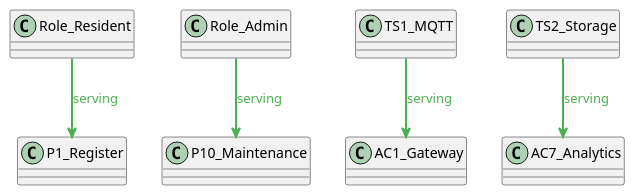
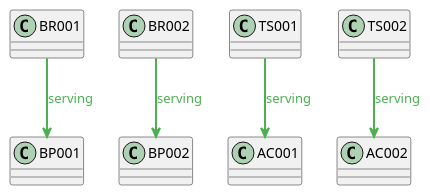
Before and after one commit to Druk83/sdd-template: the fifth of 7 diagrams in .requirements/архитектура/диаграммы ArchiMate.md, drawn with PlantUML. The commit also changed other lines of this file and 22 other files, not shown here.

````diff
--- a/.requirements/архитектура/диаграммы ArchiMate.md
+++ b/.requirements/архитектура/диаграммы ArchiMate.md
@@ -139,9 +148,9 @@
 ```plantuml
 ' ========== СВЯЗИ: РОЛИ И ПРОЦЕССЫ (Serving) ==========
-Role_Resident -[#4CAF50,thickness=2]-> P1_Register : <color:#4CAF50>serving</color>
-Role_Admin -[#4CAF50,thickness=2]-> P10_Maintenance : <color:#4CAF50>serving</color>
+BR001 -[#4CAF50,thickness=2]-> BP001 : <color:#4CAF50>serving</color>
+BR002 -[#4CAF50,thickness=2]-> BP002 : <color:#4CAF50>serving</color>
 
 ' ========== МЕЖСЛОЙНЫЕ: TL → AL (Serving) ==========
-TS1_MQTT -[#4CAF50,thickness=2]-> AC1_Gateway : <color:#4CAF50>serving</color>
-TS2_Storage -[#4CAF50,thickness=2]-> AC7_Analytics : <color:#4CAF50>serving</color>
+TS001 -[#4CAF50,thickness=2]-> AC001 : <color:#4CAF50>serving</color>
+TS002 -[#4CAF50,thickness=2]-> AC002 : <color:#4CAF50>serving</color>
 ```
````
